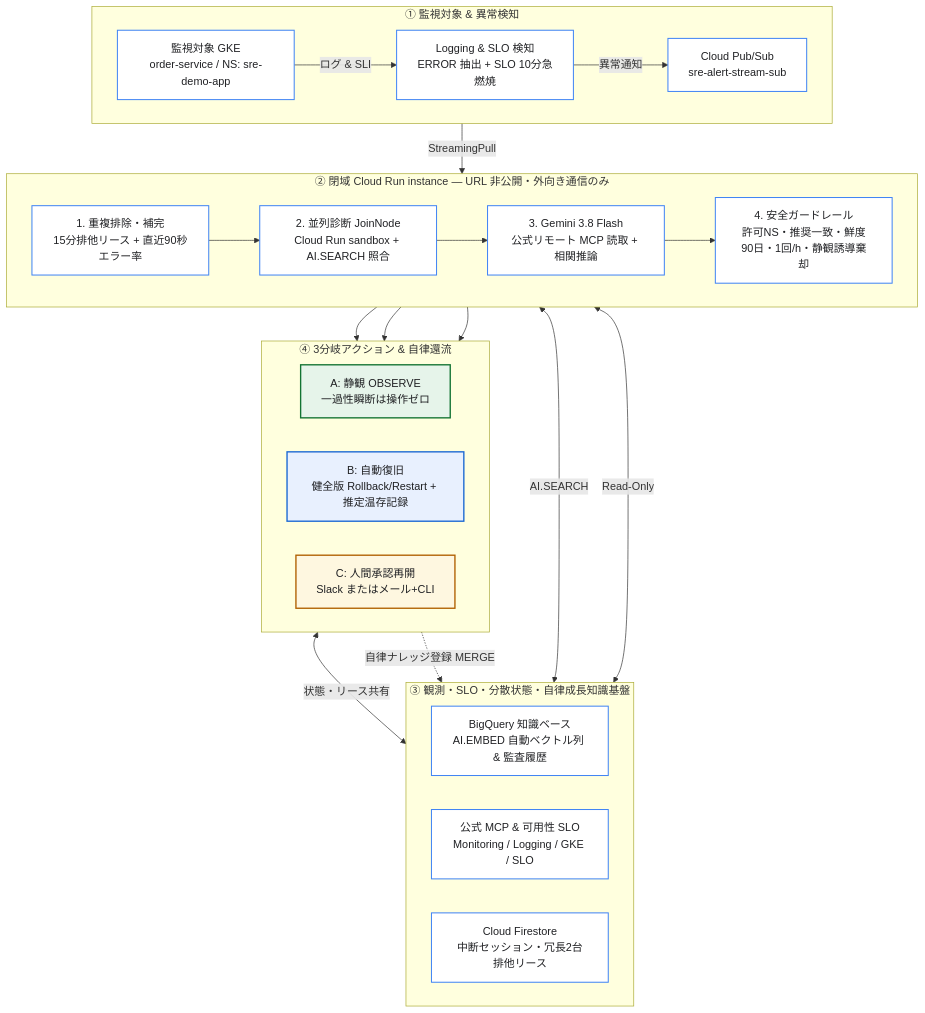
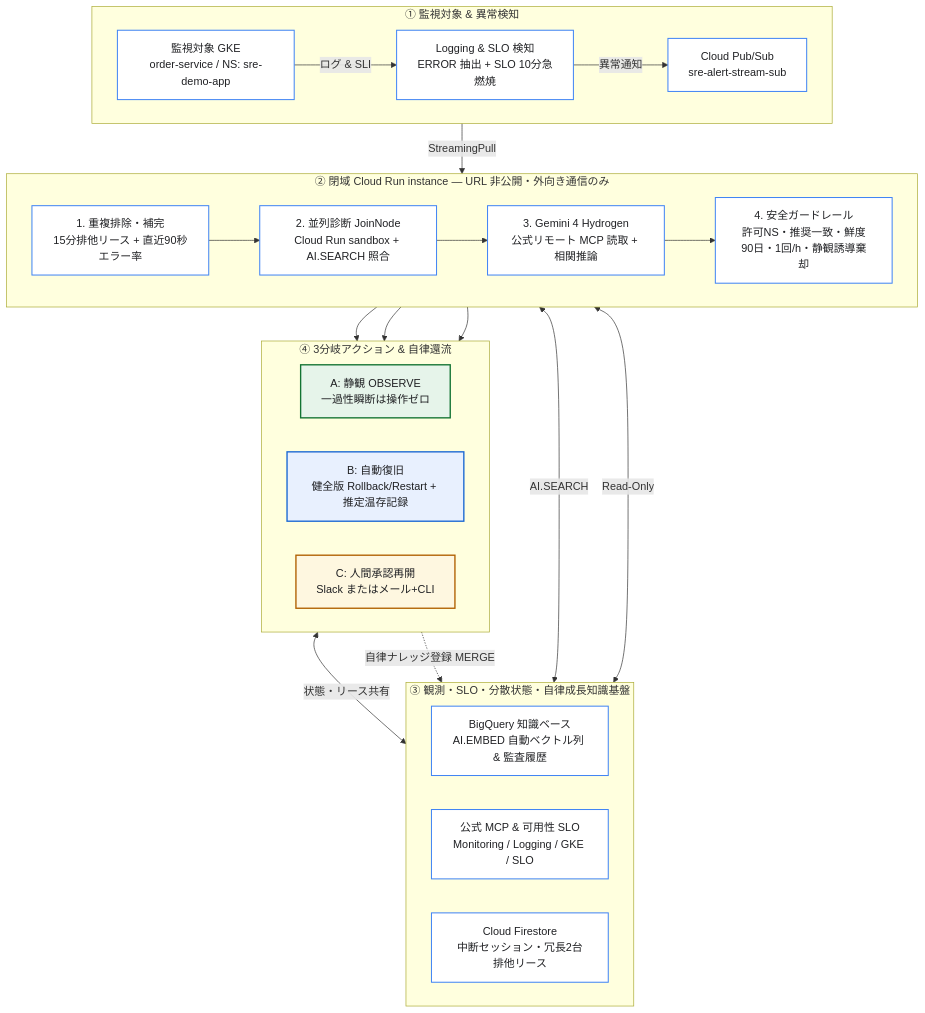
Before and after one commit to tyorikan/agentic-sre-handson: the diagram in README.md, drawn with Mermaid. The commit also changed other lines of this file and 18 other files, not shown here.

Commit message:
feat: migrate default triage model to Gemini 4 Hydrogen (gemini-4-hydrogen)

````diff
--- a/README.md
+++ b/README.md
@@ -28,49 +28,49 @@
 ```mermaid
 flowchart TB
     subgraph S1["① 監視対象 & 異常検知"]
         direction LR
         OrderApp["監視対象 GKE<br/>order-service / NS: sre-demo-app"]
         LogSink["Logging & SLO 検知<br/>ERROR 抽出 + SLO 10分急燃焼"]
         PubSub["Cloud Pub/Sub<br/>sre-alert-stream-sub"]
         OrderApp -->|"ログ & SLI"| LogSink -->|"異常通知"| PubSub
     end
 
     subgraph S2["② 閉域 Cloud Run instance — URL 非公開・外向き通信のみ"]
         direction LR
         Dedup["1. 重複排除・補完<br/>15分排他リース + 直近90秒エラー率"]
         Diag["2. 並列診断 JoinNode<br/>Cloud Run sandbox + AI.SEARCH 照合"]
-        Decide["3. Gemini 3.8 Flash<br/>公式リモート MCP 読取 + 相関推論"]
+        Decide["3. Gemini 4 Hydrogen<br/>公式リモート MCP 読取 + 相関推論"]
         Guard["4. 安全ガードレール<br/>許可NS・推奨一致・鮮度90日・1回/h・静観誘導棄却"]
         Dedup --> Diag --> Decide --> Guard
     end
 
     subgraph S3["③ 観測・SLO・分散状態・自律成長知識基盤"]
         direction LR
         BQ["BigQuery 知識ベース<br/>AI.EMBED 自動ベクトル列 & 監査履歴"]
         MCP["公式 MCP & 可用性 SLO<br/>Monitoring / Logging / GKE / SLO"]
         FS["Cloud Firestore<br/>中断セッション・冗長2台排他リース"]
     end
 
     subgraph S4["④ 3分岐アクション & 自律還流"]
         direction LR
         R1["A: 静観 OBSERVE<br/>一過性瞬断は操作ゼロ"]
         R2["B: 自動復旧<br/>健全版 Rollback/Restart + 推定温存記録"]
         R3["C: 人間承認再開<br/>Slack またはメール+CLI"]
     end
 
     PubSub -->|"StreamingPull"| Dedup
     Diag <-->|"AI.SEARCH"| BQ
     Decide <-->|"Read-Only"| MCP
     Guard --> R1 & R2 & R3
     R3 <-->|"状態・リース共有"| FS
     R3 -.->|"自律ナレッジ登録 MERGE"| BQ
 
     classDef surface fill:#ffffff,stroke:#4285F4,stroke-width:1.5px,color:#202124;
     classDef routeA fill:#e6f4ea,stroke:#137333,stroke-width:2px,color:#202124;
     classDef routeB fill:#e8f0fe,stroke:#1967d2,stroke-width:2px,color:#202124;
     classDef routeC fill:#fef7e0,stroke:#b06000,stroke-width:2px,color:#202124;
     class OrderApp,LogSink,PubSub,Dedup,Diag,Decide,Guard,MCP,BQ,FS surface;
     class R1 routeA;
     class R2 routeB;
     class R3 routeC;
 ```
````
